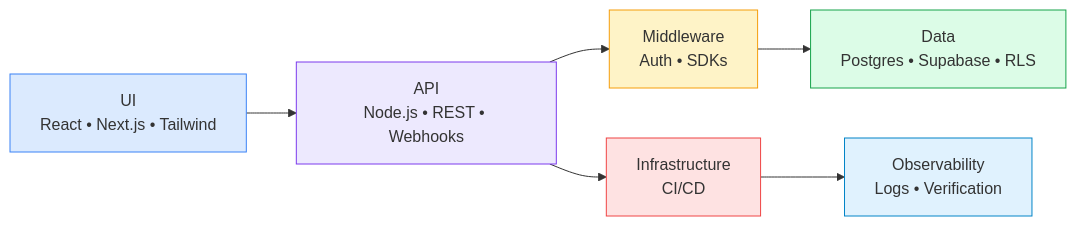
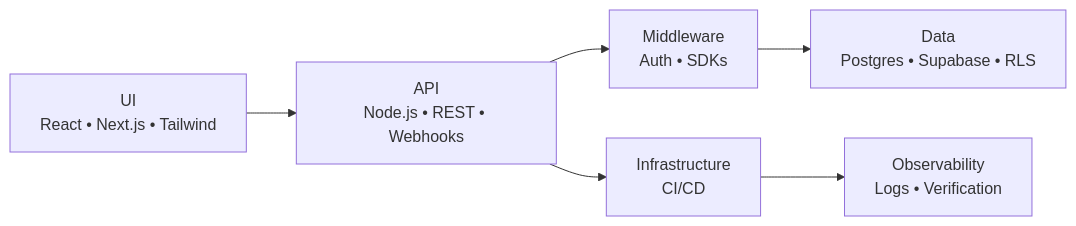
The fifth of 5 diagrams in README.md (Hardonian/Hardonian), drawn with Mermaid before and after one commit. The commit also changed other lines of this file, not shown here.

````diff
--- a/README.md
+++ b/README.md
@@ -235,30 +181,16 @@
 ```mermaid
 flowchart LR
-
-classDef ui fill:#dbeafe,stroke:#3b82f6
-classDef api fill:#ede9fe,stroke:#7c3aed
-classDef middleware fill:#fef3c7,stroke:#f59e0b
-classDef data fill:#dcfce7,stroke:#16a34a
-classDef infra fill:#fee2e2,stroke:#ef4444
-classDef obs fill:#e0f2fe,stroke:#0284c7
 
 UI["UI\nReact • Next.js • Tailwind"]
 API["API\nNode.js • REST • Webhooks"]
 Middleware["Middleware\nAuth • SDKs"]
 Data["Data\nPostgres • Supabase • RLS"]
 Infra["Infrastructure\nCI/CD"]
 Obs["Observability\nLogs • Verification"]
 
 UI --> API
 API --> Middleware
 Middleware --> Data
 API --> Infra
 Infra --> Obs
-
-class UI ui
-class API api
-class Middleware middleware
-class Data data
-class Infra infra
-class Obs obs
 ```
````
